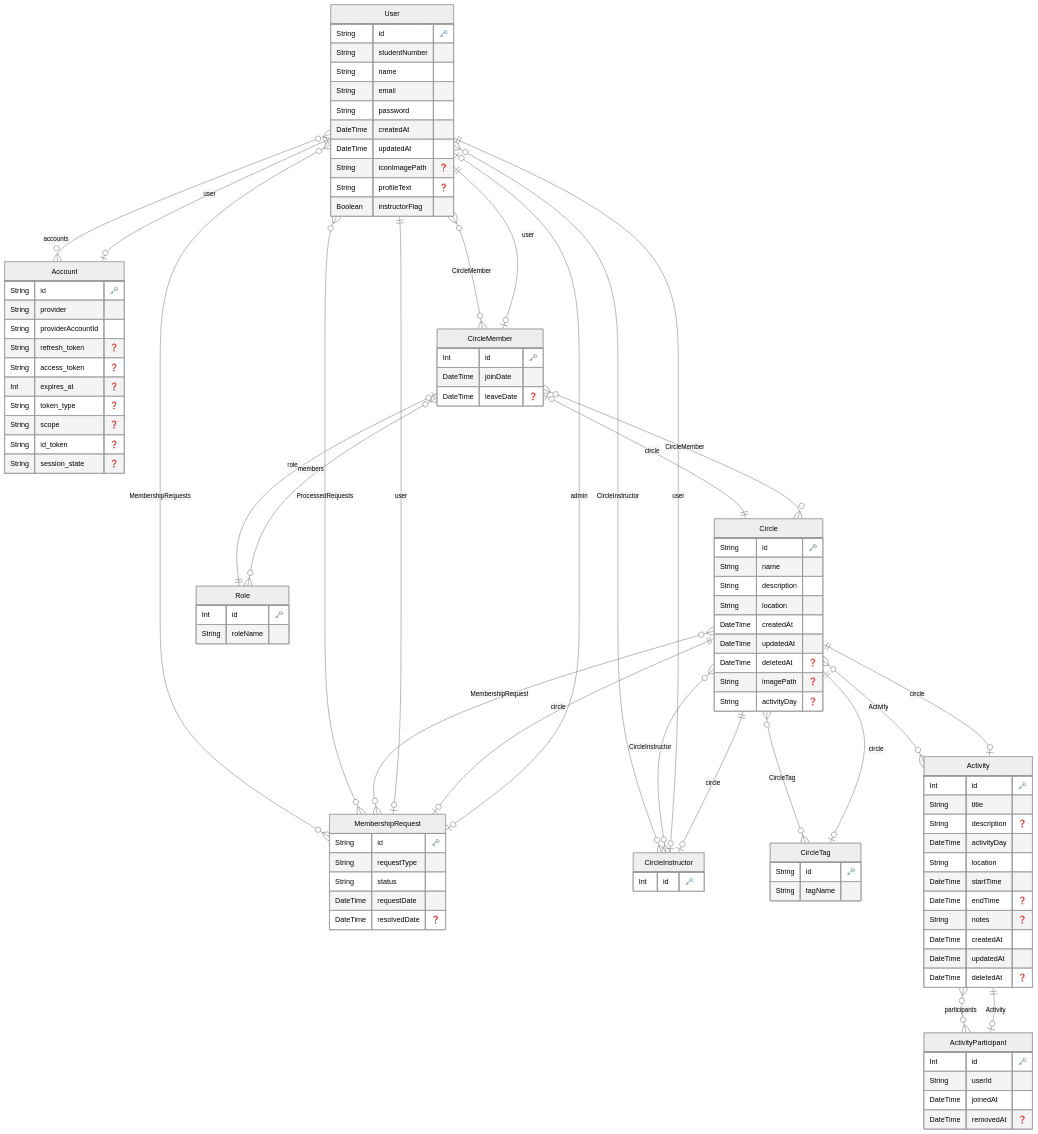
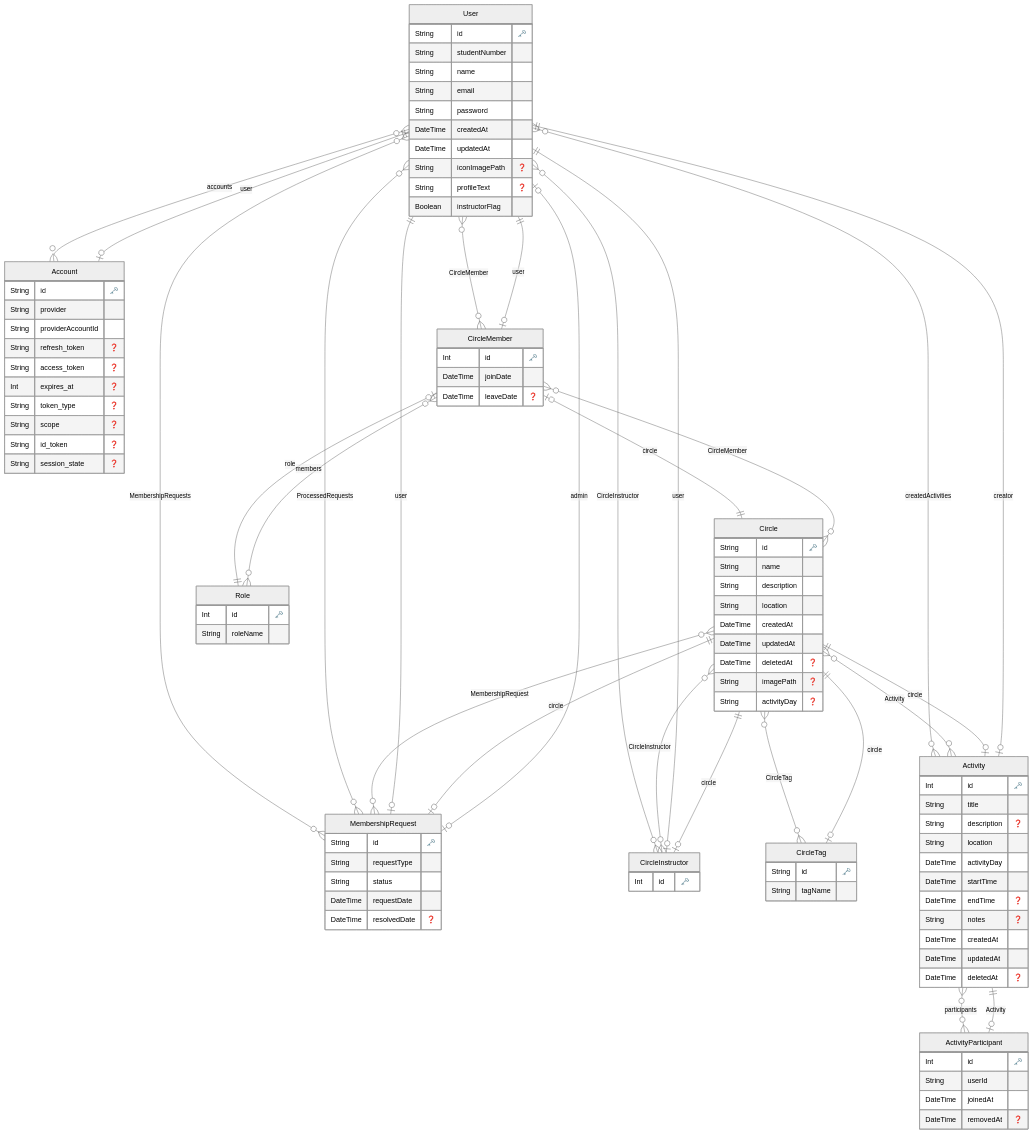
The diagram in prisma/ERD.md (ocs-amo/amo), drawn with Mermaid (neutral theme) before and after one commit. The commit also changed 6 other files, not shown here.

````diff
--- a/prisma/ERD.md
+++ b/prisma/ERD.md
@@ -79,8 +79,8 @@
     Int id "🗝️"
     String title
     String description "❓"
+    String location
     DateTime activityDay
-    String location
     DateTime startTime
     DateTime endTime "❓"
     String notes "❓"
@@ -102,6 +102,7 @@
     "User" o{--}o "CircleInstructor" : "CircleInstructor"
     "User" o{--}o "MembershipRequest" : "MembershipRequests"
     "User" o{--}o "MembershipRequest" : "ProcessedRequests"
+    "User" o{--}o "Activity" : "createdActivities"
     "Account" o|--|| "User" : "user"
     "Circle" o{--}o "CircleMember" : "CircleMember"
     "Circle" o{--}o "CircleInstructor" : "CircleInstructor"
@@ -120,5 +121,6 @@
     "Role" o{--}o "CircleMember" : "members"
     "Activity" o{--}o "ActivityParticipant" : "participants"
     "Activity" o|--|| "Circle" : "circle"
+    "Activity" o|--|| "User" : "creator"
     "ActivityParticipant" o|--|| "Activity" : "Activity"
 ```
````
